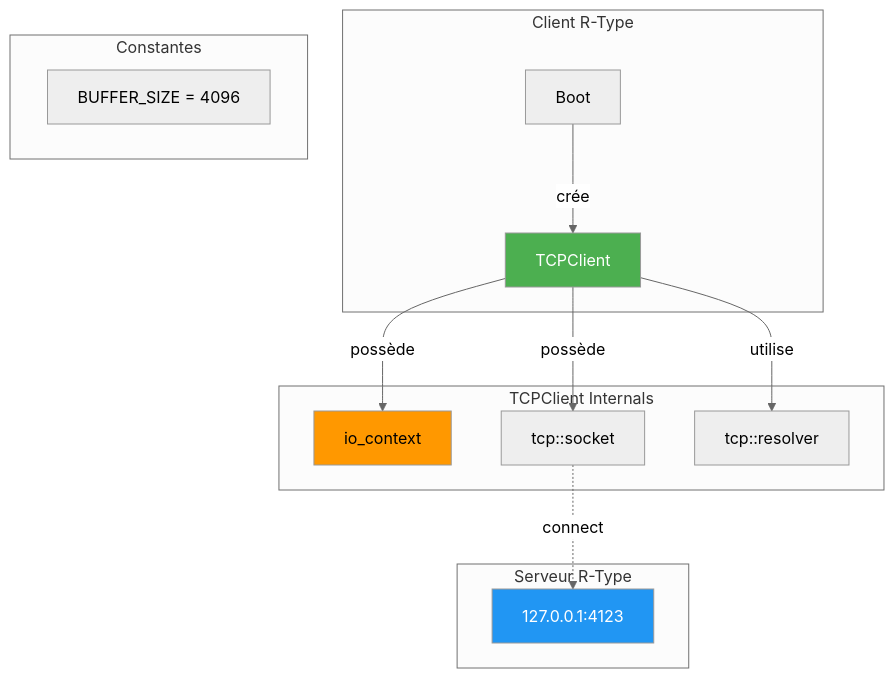
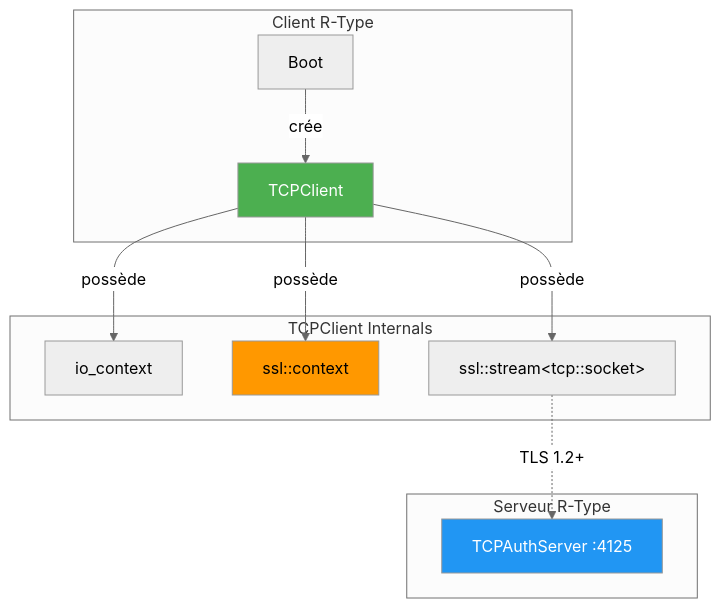
One commit to ChrisG-L/rtype changed the first of 3 diagrams in docs/client/network/tcp-client.md. Above: the diagram before and after it, drawn with Mermaid (neutral theme). The commit also changed other lines of this file and 38 other files, not shown here.

````diff
--- a/docs/client/network/tcp-client.md
+++ b/docs/client/network/tcp-client.md
@@ -20,24 +43,20 @@
 ```mermaid
 graph TB
     subgraph "Client R-Type"
         Boot[Boot] -->|crée| TCP[TCPClient]
     end
 
     subgraph "TCPClient Internals"
         TCP -->|possède| IoCtx[io_context]
-        TCP -->|possède| Socket[tcp::socket]
-        TCP -->|utilise| Resolver[tcp::resolver]
+        TCP -->|possède| SSLCtx[ssl::context]
+        TCP -->|possède| Socket[ssl::stream&lt;tcp::socket&gt;]
     end
 
     subgraph "Serveur R-Type"
-        Socket -.->|connect| Server[127.0.0.1:4123]
-    end
-
-    subgraph "Constantes"
-        BUF[BUFFER_SIZE = 4096]
+        Socket -.->|TLS 1.2+| Server[TCPAuthServer :4125]
     end
 
     style TCP fill:#4CAF50,color:#fff
-    style IoCtx fill:#FF9800,color:#000
+    style SSLCtx fill:#FF9800,color:#000
     style Server fill:#2196F3,color:#fff
 ```
````
